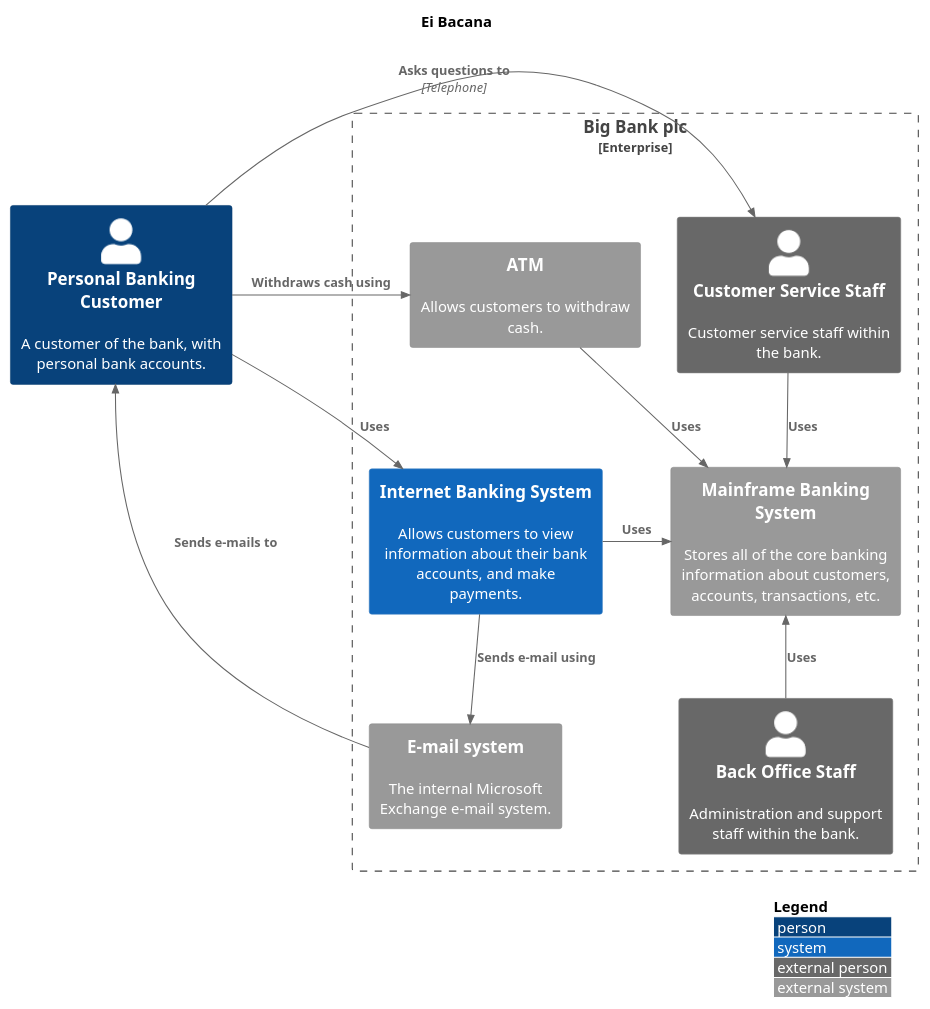
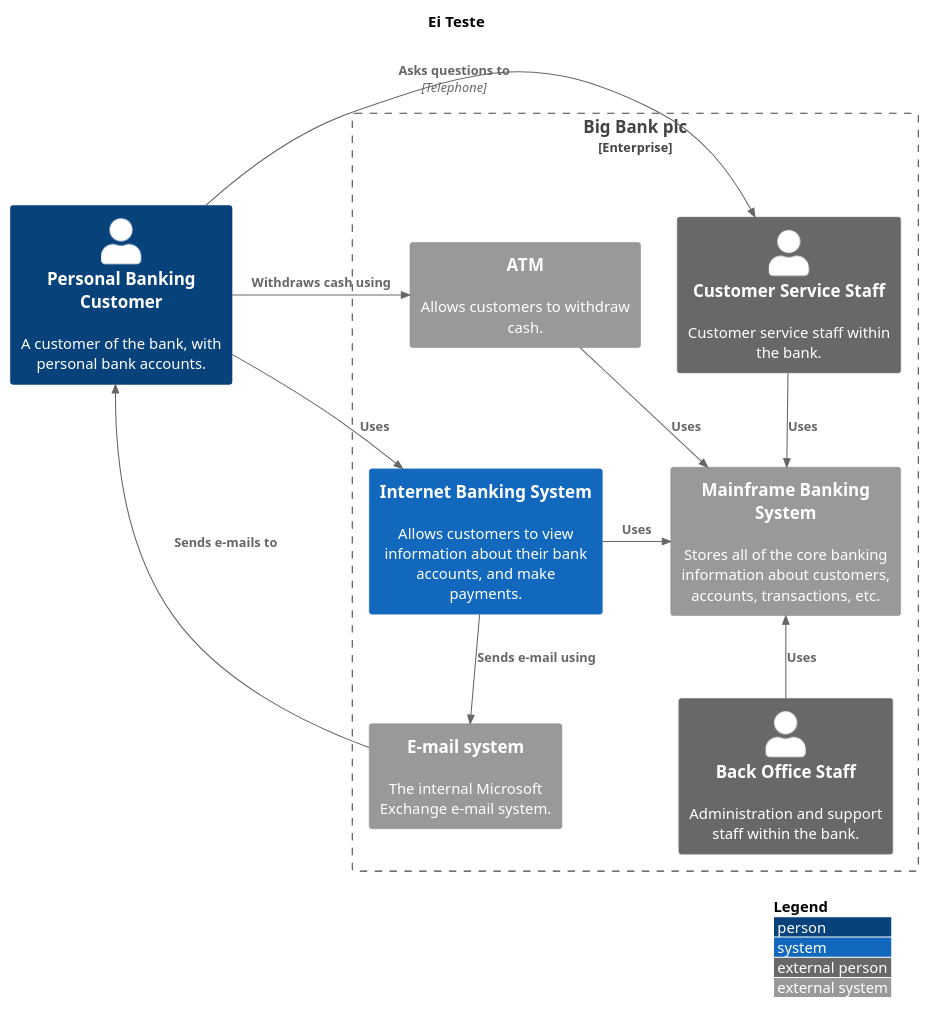
The diagram in sophya-docs/context/diagram1.puml (pablicio/c4-model-service-test), drawn with PlantUML before and after one commit. The commit also changed 8 other files, not shown here.

```diff
--- a/sophya-docs/context/diagram1.puml
+++ b/sophya-docs/context/diagram1.puml
@@ -1,42 +1,42 @@
 @startuml
 !include https://raw.githubusercontent.com/plantuml-stdlib/C4-PlantUML/master/C4_Context.puml
 ' uncomment the following line and comment the first to use locally
 ' !include C4_Context.puml
 
 'LAYOUT_TOP_DOWN()
 'LAYOUT_AS_SKETCH()
 LAYOUT_WITH_LEGEND()
 
-title Ei Bacana
+title Ei Teste
 
 Person(customer, "Personal Banking Customer", "A customer of the bank, with personal bank accounts.")
 
 Enterprise_Boundary(c0, "Big Bank plc") {
     System(banking_system, "Internet Banking System", "Allows customers to view information about their bank accounts, and make payments.")
 
     System_Ext(atm, "ATM", "Allows customers to withdraw cash.")
     System_Ext(mail_system, "E-mail system", "The internal Microsoft Exchange e-mail system.")
 
     System_Ext(mainframe, "Mainframe Banking System", "Stores all of the core banking information about customers, accounts, transactions, etc.")
 
     Person_Ext(customer_service, "Customer Service Staff", "Customer service staff within the bank.")
     Person_Ext(back_office, "Back Office Staff", "Administration and support staff within the bank.")
 }
 
 Rel_Neighbor(customer, banking_system, "Uses")
 Rel_R(customer, atm, "Withdraws cash using")
 Rel_Back(customer, mail_system, "Sends e-mails to")
 
 Rel_R(customer, customer_service, "Asks questions to", "Telephone")
 
 Rel_D(banking_system, mail_system, "Sends e-mail using")
 Rel_R(atm, mainframe, "Uses")
 Rel_R(banking_system, mainframe, "Uses")
 Rel_D(customer_service, mainframe, "Uses")
 Rel_U(back_office, mainframe, "Uses")
 
 Lay_D(atm, banking_system)
 
 Lay_D(atm, customer)
 Lay_U(mail_system, customer)
 @enduml
```
